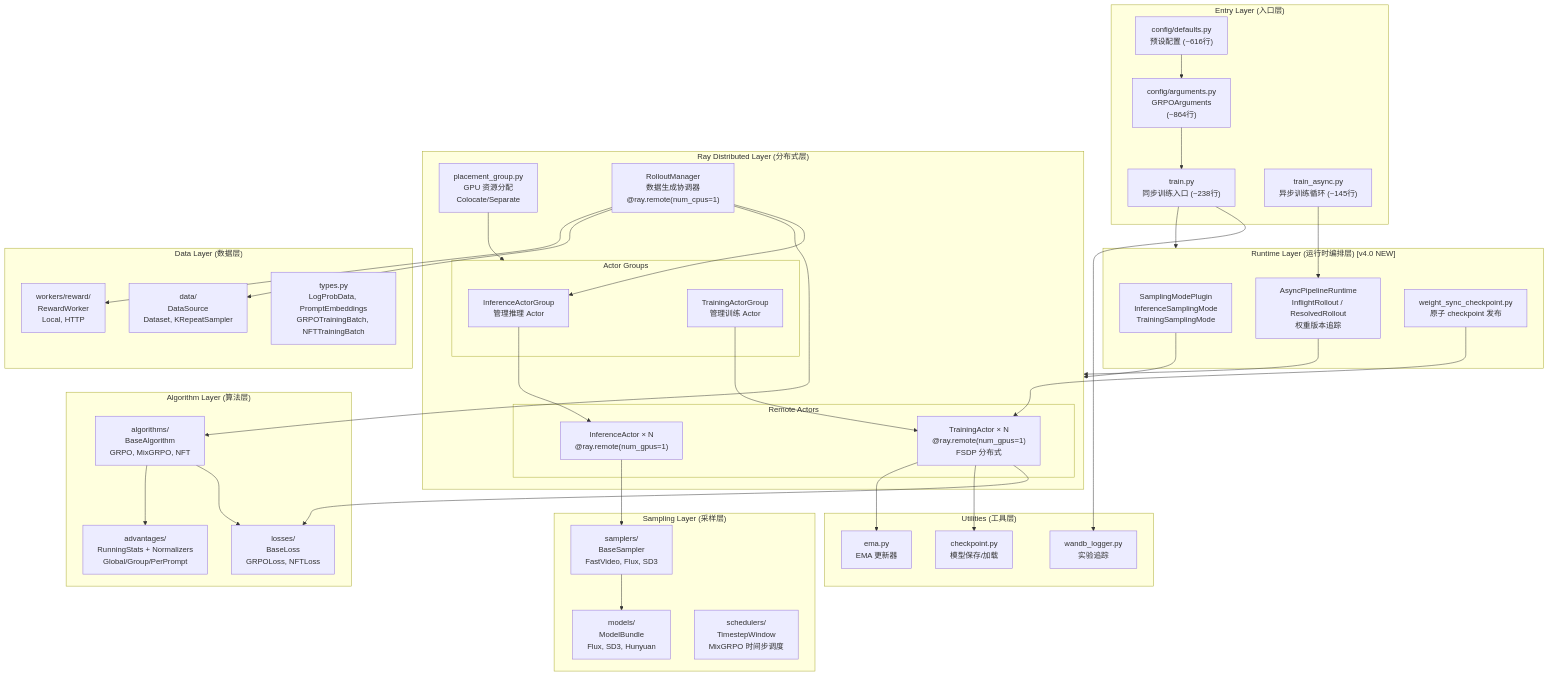
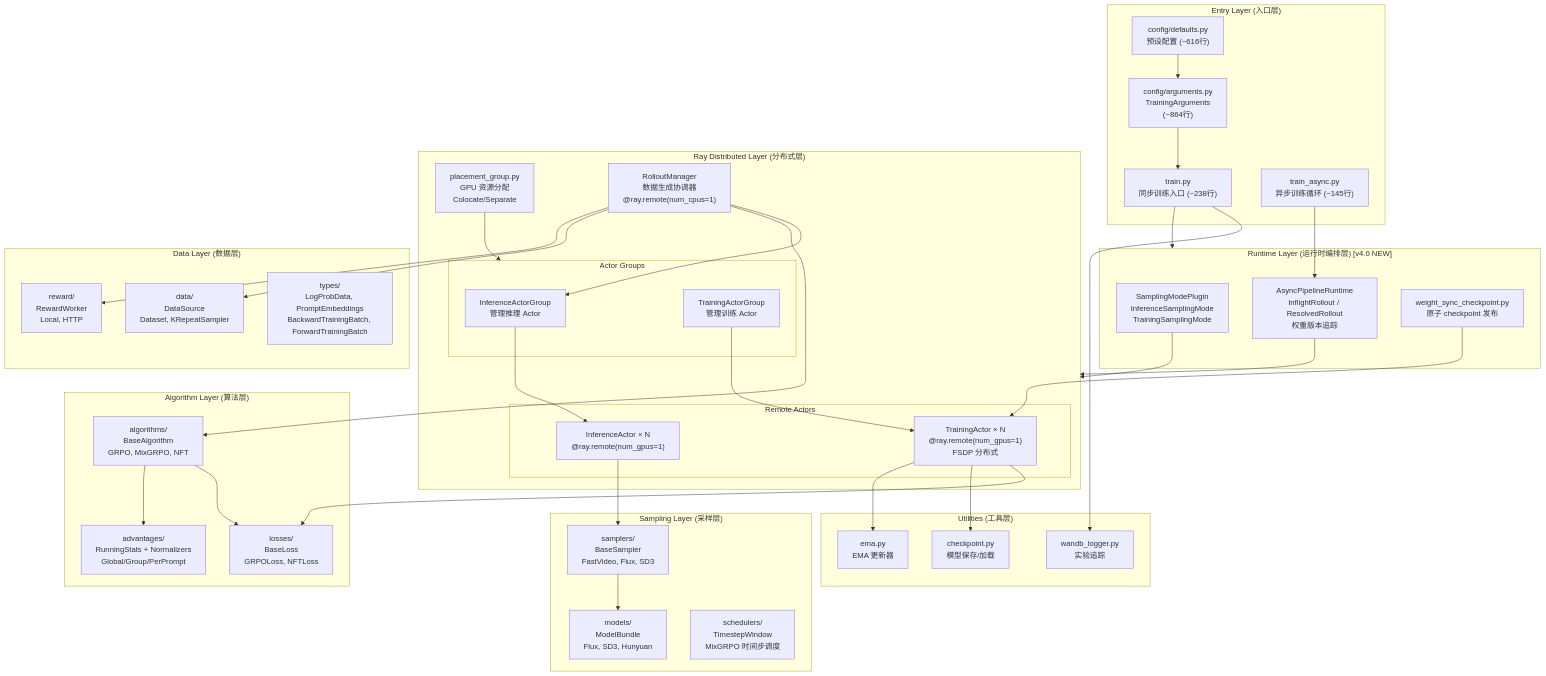
One commit to celve/unirl changed diagram 12 of 27 in docs/Diffusion_RL_Design_Analysis.md. Above: the diagram before and after it, drawn with Mermaid. The commit also changed other lines of this file and 119 other files, not shown here.

```diff
--- a/docs/Diffusion_RL_Design_Analysis.md
+++ b/docs/Diffusion_RL_Design_Analysis.md
@@ -1816,7 +1812,7 @@
     subgraph EntryLayer["Entry Layer (入口层)"]
         Train["train.py<br/>同步训练入口 (~238行)"]
         TrainAsync["train_async.py<br/>异步训练循环 (~145行)"]
-        Config["config/arguments.py<br/>GRPOArguments<br/>(~864行)"]
+        Config["config/arguments.py<br/>TrainingArguments<br/>(~864行)"]
         Defaults["config/defaults.py<br/>预设配置 (~616行)"]
     end
 
@@ -1855,8 +1851,8 @@
 
     subgraph DataLayer["Data Layer (数据层)"]
         Data["data/<br/>DataSource<br/>Dataset, KRepeatSampler"]
-        Reward["workers/reward/<br/>RewardWorker<br/>Local, HTTP"]
-        Types["types.py<br/>LogProbData, PromptEmbeddings<br/>GRPOTrainingBatch, NFTTrainingBatch"]
+        Reward["reward/<br/>RewardWorker<br/>Local, HTTP"]
+        Types["types/<br/>LogProbData, PromptEmbeddings<br/>BackwardTrainingBatch, ForwardTrainingBatch"]
     end
 
     subgraph UtilsLayer["Utilities (工具层)"]
```
